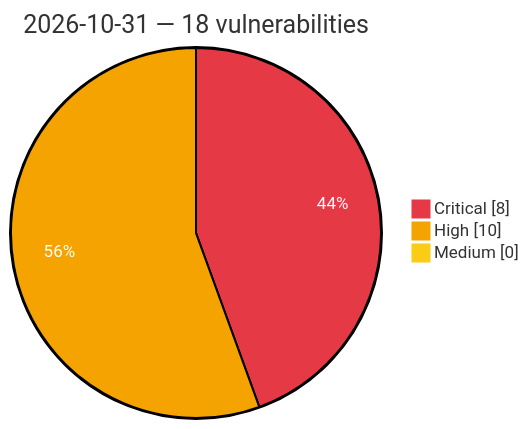
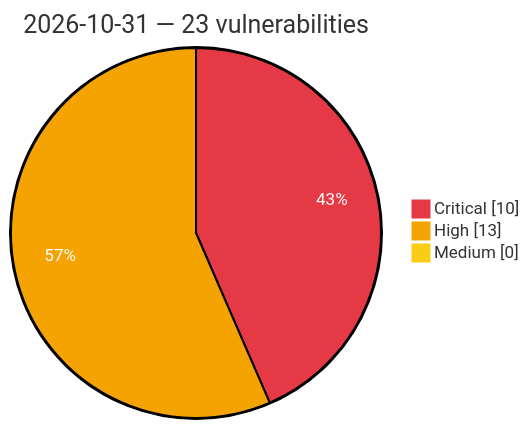
The diagram in vulnerabilities/2026/October/2026-10-31.md (GhostX0X/vuln-tracker), drawn with Mermaid before and after one commit. The commit also changed other lines of this file and 5 other files, not shown here.

Commit message:
Auto update: critical/high vulns (2026-10-31 19:05 UTC)

````diff
--- a/vulnerabilities/2026/October/2026-10-31.md
+++ b/vulnerabilities/2026/October/2026-10-31.md
@@ -3,8 +3,8 @@
 ```mermaid
 %%{init: {'theme':'base', 'themeVariables': {'pie1':'#e63946', 'pie2':'#f4a300', 'pie3':'#facc15', 'pieOpacity':'1', 'pieOuterStrokeWidth':'2px', 'pieSectionTextColor':'#ffffff'}}}%%
 pie showData
-    title 2026-10-31 — 18 vulnerabilities
-    "Critical" : 8
-    "High" : 10
+    title 2026-10-31 — 23 vulnerabilities
+    "Critical" : 10
+    "High" : 13
     "Medium" : 0
 ```
````
